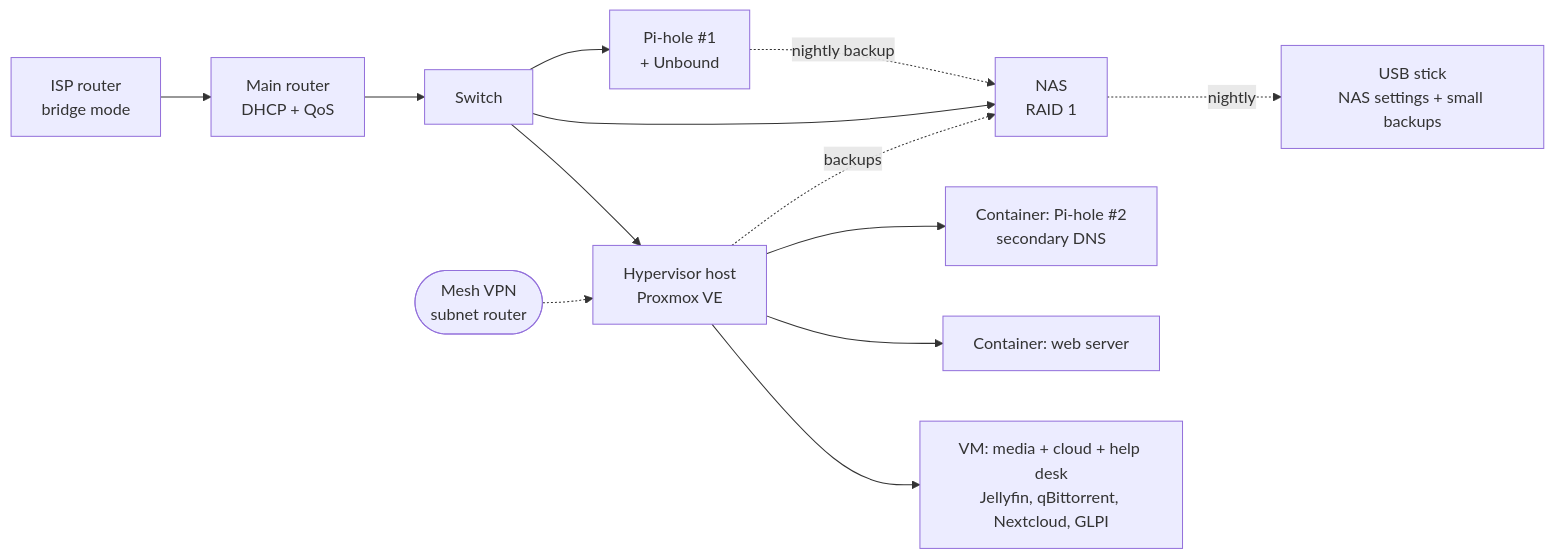
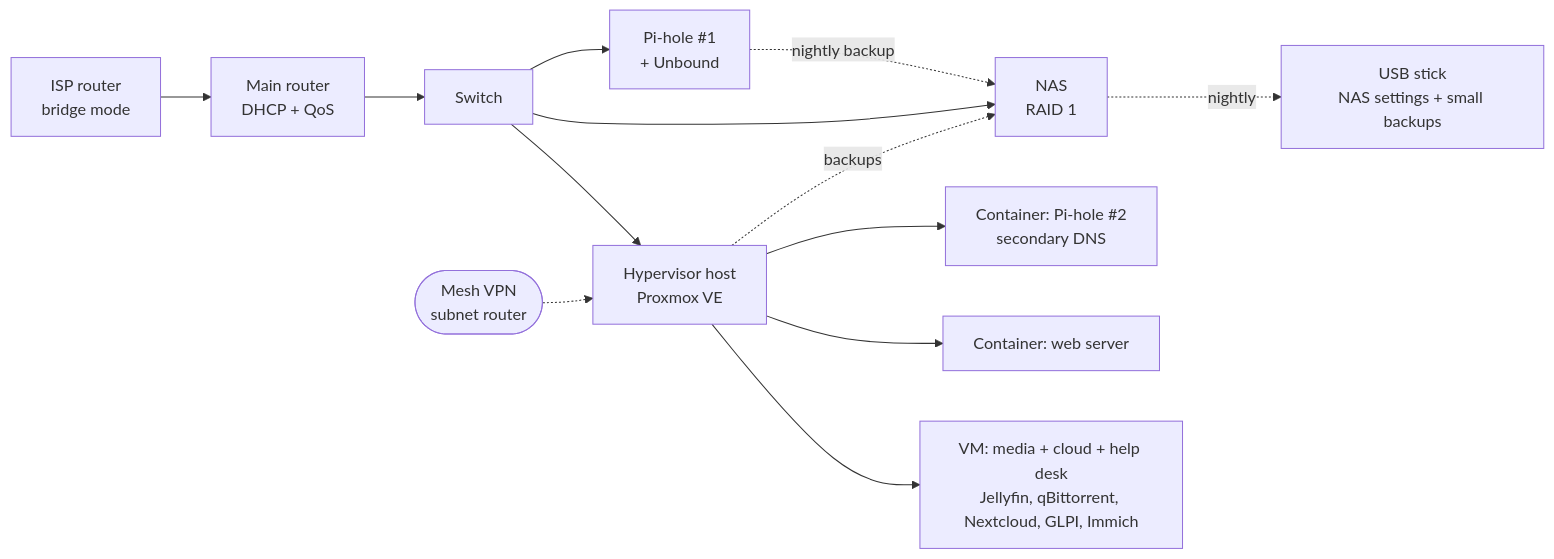
Before and after one commit to SuperDidZero/homelab-v2: the diagram in README.md, drawn with Mermaid. The commit also changed other lines of this file and 3 other files, not shown here.

````diff
--- a/README.md
+++ b/README.md
@@ -32,15 +33,15 @@
 ```mermaid
 flowchart LR
   ISP[ISP router<br/>bridge mode] --> RTR[Main router<br/>DHCP + QoS]
   RTR --> SW[Switch]
   SW --> HV[Hypervisor host<br/>Proxmox VE]
   SW --> NAS[NAS<br/>RAID 1]
   SW --> DNS1[Pi-hole #1<br/>+ Unbound]
-  HV --> VM1[VM: media + cloud + help desk<br/>Jellyfin, qBittorrent, Nextcloud, GLPI]
+  HV --> VM1[VM: media + cloud + help desk<br/>Jellyfin, qBittorrent, Nextcloud, GLPI, Immich]
   HV --> CT1[Container: web server]
   HV --> CT2[Container: Pi-hole #2<br/>secondary DNS]
   HV -. backups .-> NAS
   DNS1 -. nightly backup .-> NAS
   NAS -. nightly .-> USB[USB stick<br/>NAS settings + small backups]
   VPN([Mesh VPN<br/>subnet router]) -.-> HV
 ```
````
